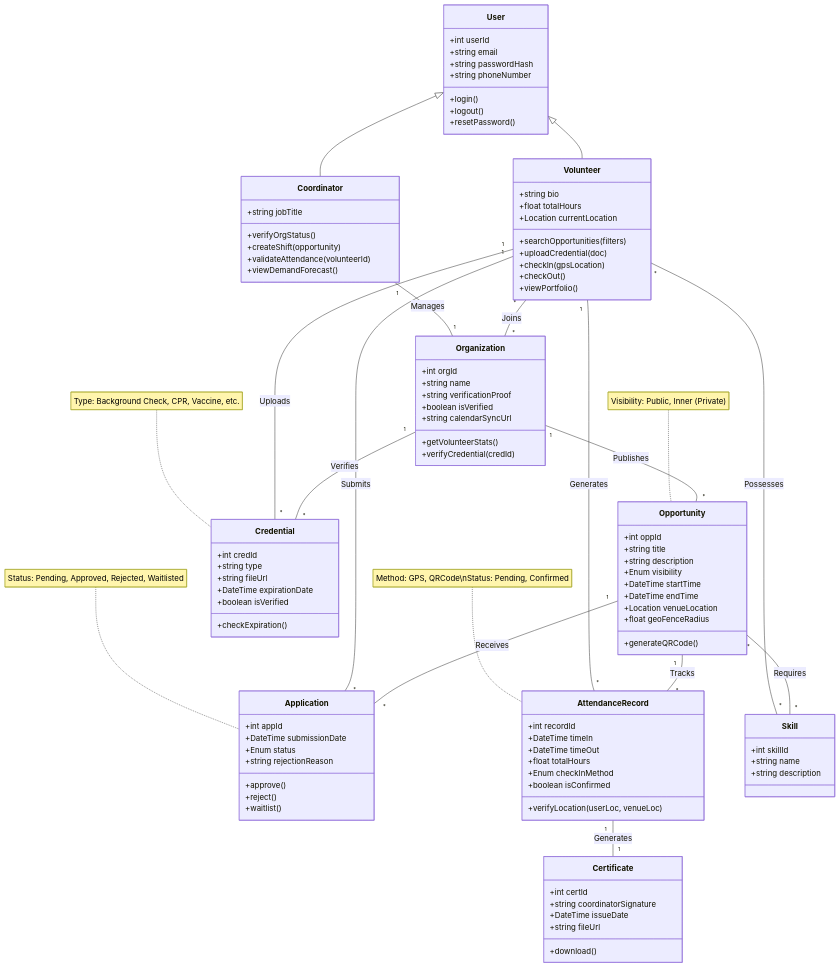
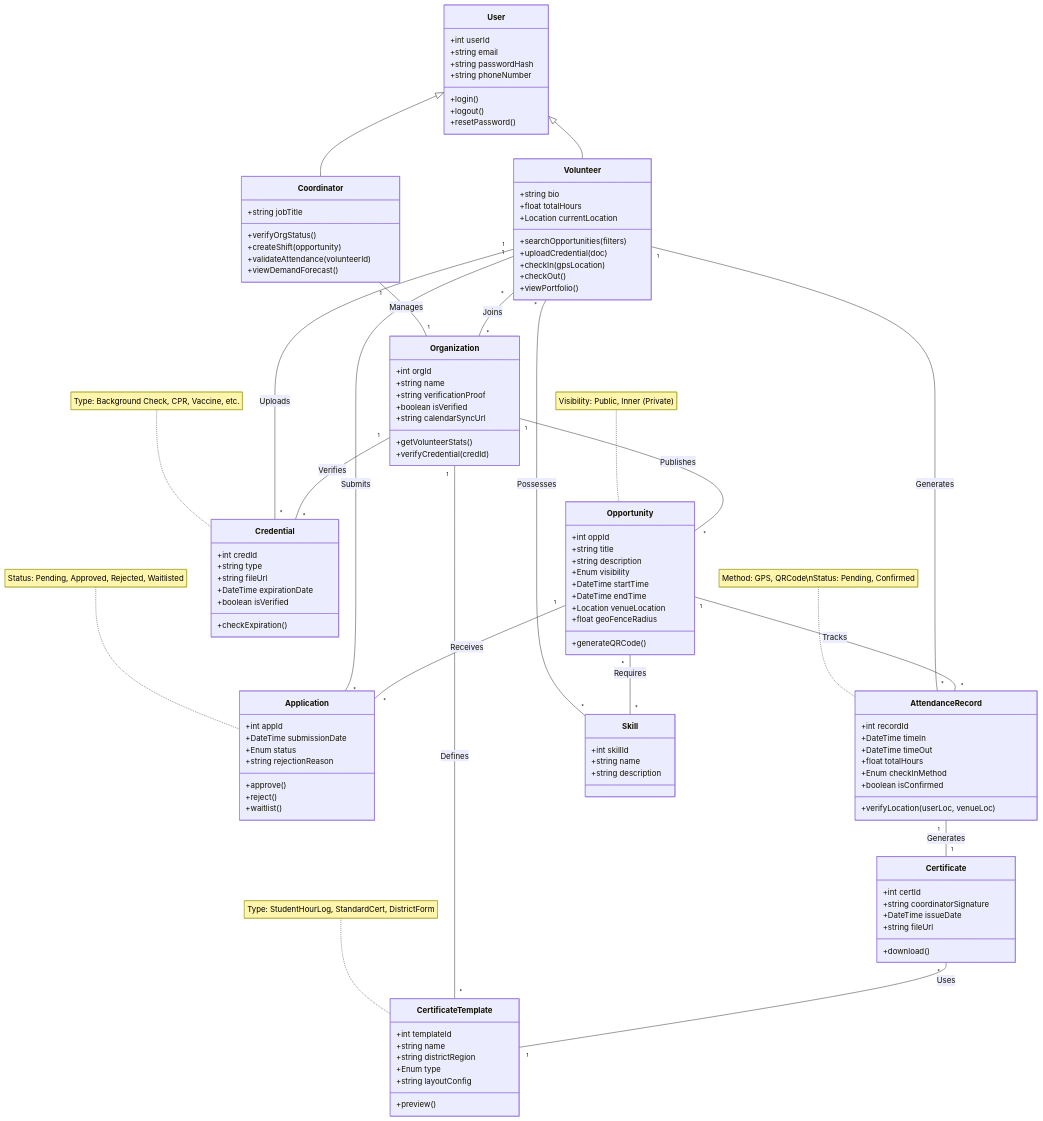
The diagram in UML Class Diagram.MD (young-bob/CAD-Capstone), drawn with Mermaid before and after one commit.

Commit message:
Add CertificateTemplate class and relationships

````diff
--- a/UML Class Diagram.MD
+++ b/UML Class Diagram.MD
@@ -19,6 +19,9 @@
     Opportunity "1" -- "*" AttendanceRecord : Tracks
     
     AttendanceRecord "1" -- "1" Certificate : Generates
+    
+    Organization "1" -- "*" CertificateTemplate : Defines
+    Certificate "*" -- "1" CertificateTemplate : Uses
     
     Volunteer "*" -- "*" Skill : Possesses
     Opportunity "*" -- "*" Skill : Requires
@@ -104,6 +107,15 @@
         +verifyLocation(userLoc, venueLoc)
     }
 
+    class CertificateTemplate {
+        +int templateId
+        +string name
+        +string districtRegion
+        +Enum type
+        +string layoutConfig
+        +preview()
+    }
+
     class Certificate {
         +int certId
         +string coordinatorSignature
@@ -123,6 +135,6 @@
     note for AttendanceRecord "Method: GPS, QRCode\nStatus: Pending, Confirmed"
     note for Credential "Type: Background Check, CPR, Vaccine, etc."
     note for Opportunity "Visibility: Public, Inner (Private)"
-
+    note for CertificateTemplate "Type: StudentHourLog, StandardCert, DistrictForm"
 
 ```
````
